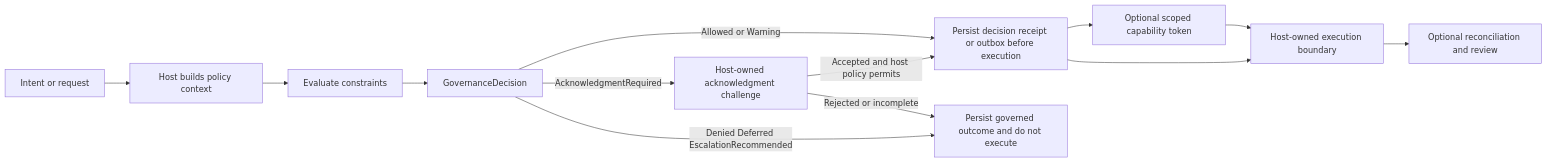
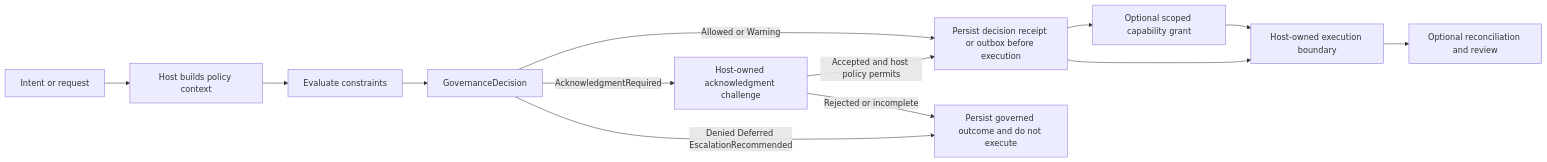
The first of 5 diagrams in docs/articles/core-governance-flow-diagrams.md (AsiBackbone/AsiBackbone), drawn with Mermaid before and after one commit. The commit also changed other lines of this file and 278 other files, not shown here.

````diff
--- a/docs/articles/core-governance-flow-diagrams.md
+++ b/docs/articles/core-governance-flow-diagrams.md
@@ -16,17 +16,17 @@
 ```mermaid
 flowchart LR
     Intent["Intent or request"] --> Context["Host builds policy context"]
     Context --> Constraints["Evaluate constraints"]
     Constraints --> Decision["GovernanceDecision"]
 
     Decision -->|"Allowed or Warning"| PersistBeforeExecution["Persist decision receipt or outbox before execution"]
     Decision -->|"AcknowledgmentRequired"| Ack["Host-owned acknowledgment challenge"]
     Ack -->|"Accepted and host policy permits"| PersistBeforeExecution
     Ack -->|"Rejected or incomplete"| PersistNoExecution["Persist governed outcome and do not execute"]
     Decision -->|"Denied Deferred EscalationRecommended"| PersistNoExecution
 
-    PersistBeforeExecution --> OptionalToken["Optional scoped capability token"]
+    PersistBeforeExecution --> OptionalToken["Optional scoped capability grant"]
     OptionalToken --> HostExecution["Host-owned execution boundary"]
     PersistBeforeExecution --> HostExecution
     HostExecution --> FollowUp["Optional reconciliation and review"]
 ```
````
